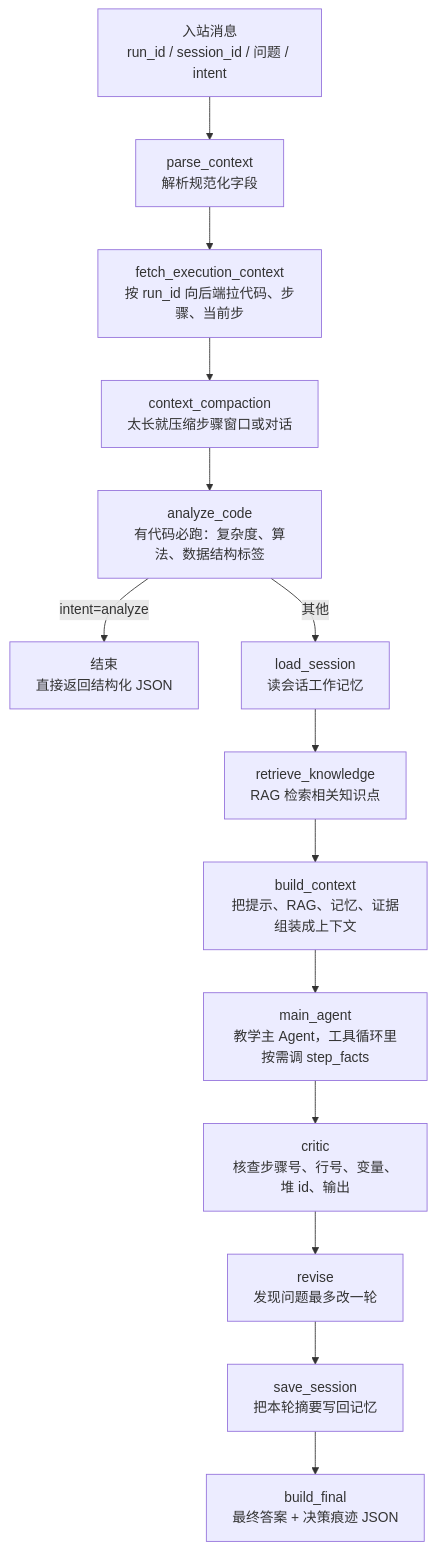
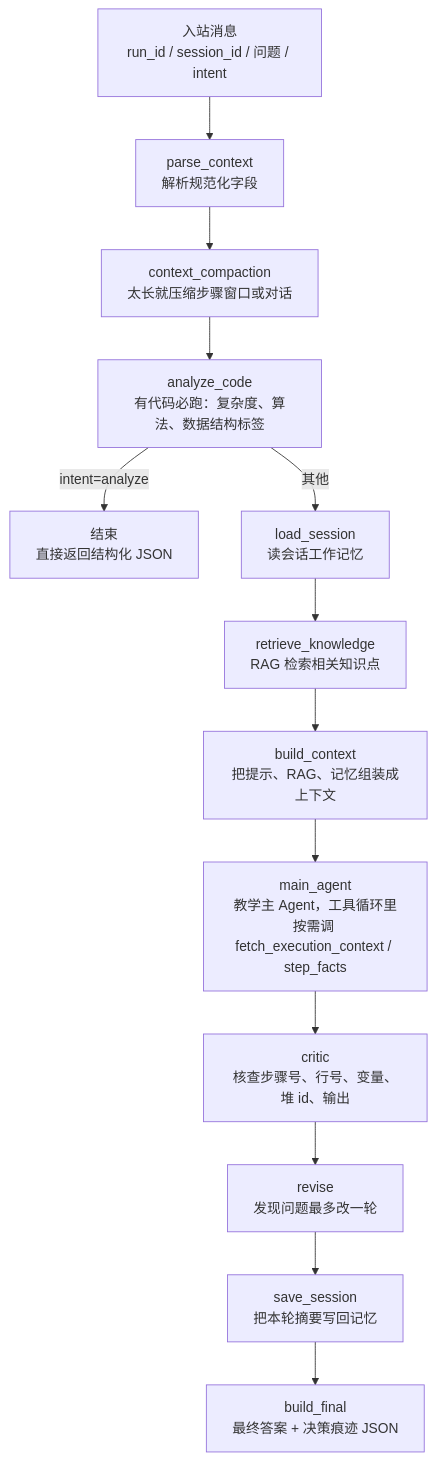
The diagram in docs/agent-collaboration-guide.md (holycandle/javatutor-coze), drawn with Mermaid before and after one commit. The commit also changed other lines of this file and 20 other files, not shown here.

Commit message:
refactor(fetch_context): 重构fetch_context固定节点为agent自主调用工具，去除api调用

````diff
--- a/docs/agent-collaboration-guide.md
+++ b/docs/agent-collaboration-guide.md
@@ -7,16 +7,15 @@
 ```mermaid
 flowchart TD
     A[入站消息<br/>run_id / session_id / 问题 / intent] --> B[parse_context<br/>解析规范化字段]
-    B --> C[fetch_execution_context<br/>按 run_id 向后端拉代码、步骤、当前步]
-    C --> D[context_compaction<br/>太长就压缩步骤窗口或对话]
-    D --> E[analyze_code<br/>有代码必跑：复杂度、算法、数据结构标签]
-    E -->|intent=analyze| Z[结束<br/>直接返回结构化 JSON]
-    E -->|其他| F[load_session<br/>读会话工作记忆]
-    F --> G[retrieve_knowledge<br/>RAG 检索相关知识点]
-    G --> H[build_context<br/>把提示、RAG、记忆、证据组装成上下文]
-    H --> I[main_agent<br/>教学主 Agent，工具循环里按需调 step_facts]
-    I --> J[critic<br/>核查步骤号、行号、变量、堆 id、输出]
-    J --> K[revise<br/>发现问题最多改一轮]
-    K --> L[save_session<br/>把本轮摘要写回记忆]
-    L --> M[build_final<br/>最终答案 + 决策痕迹 JSON]
+    B --> C[context_compaction<br/>太长就压缩步骤窗口或对话]
+    C --> D[analyze_code<br/>有代码必跑：复杂度、算法、数据结构标签]
+    D -->|intent=analyze| Z[结束<br/>直接返回结构化 JSON]
+    D -->|其他| E[load_session<br/>读会话工作记忆]
+    E --> F[retrieve_knowledge<br/>RAG 检索相关知识点]
+    F --> G[build_context<br/>把提示、RAG、记忆组装成上下文]
+    G --> H[main_agent<br/>教学主 Agent，工具循环里按需调 fetch_execution_context / step_facts]
+    H --> I[critic<br/>核查步骤号、行号、变量、堆 id、输出]
+    I --> J[revise<br/>发现问题最多改一轮]
+    J --> K[save_session<br/>把本轮摘要写回记忆]
+    K --> L[build_final<br/>最终答案 + 决策痕迹 JSON]
 ```
````
